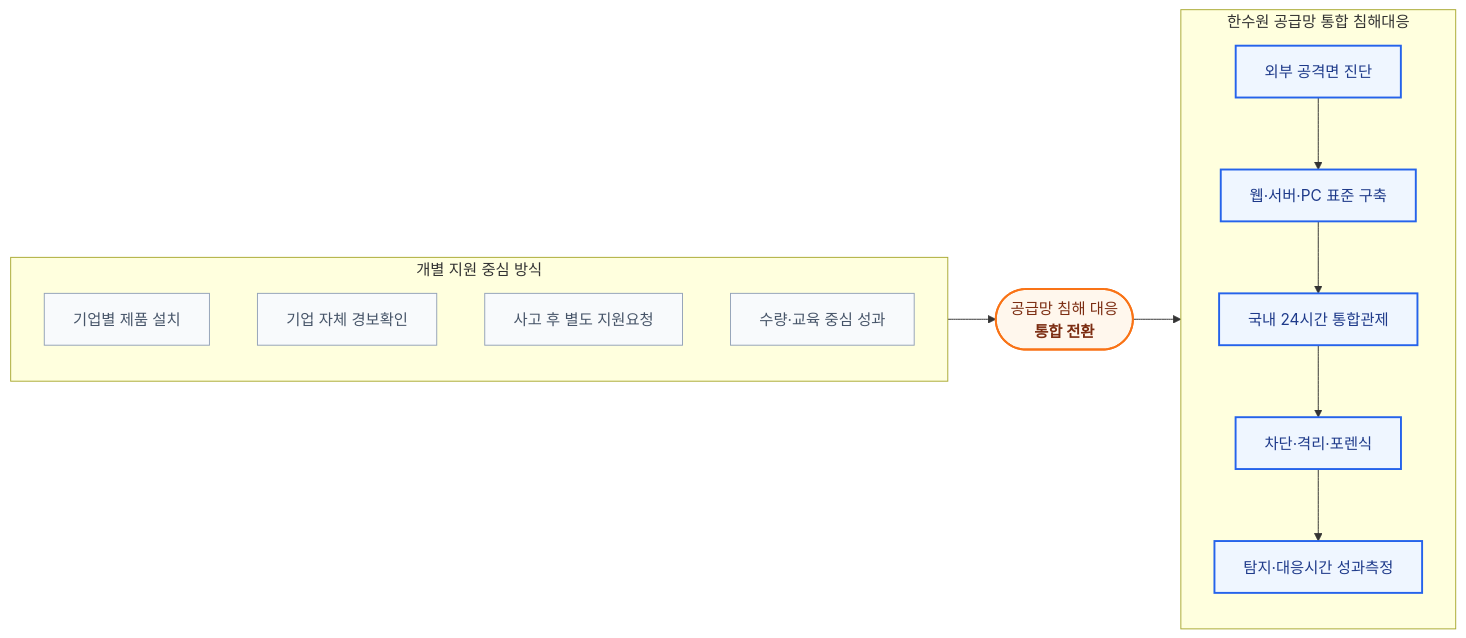
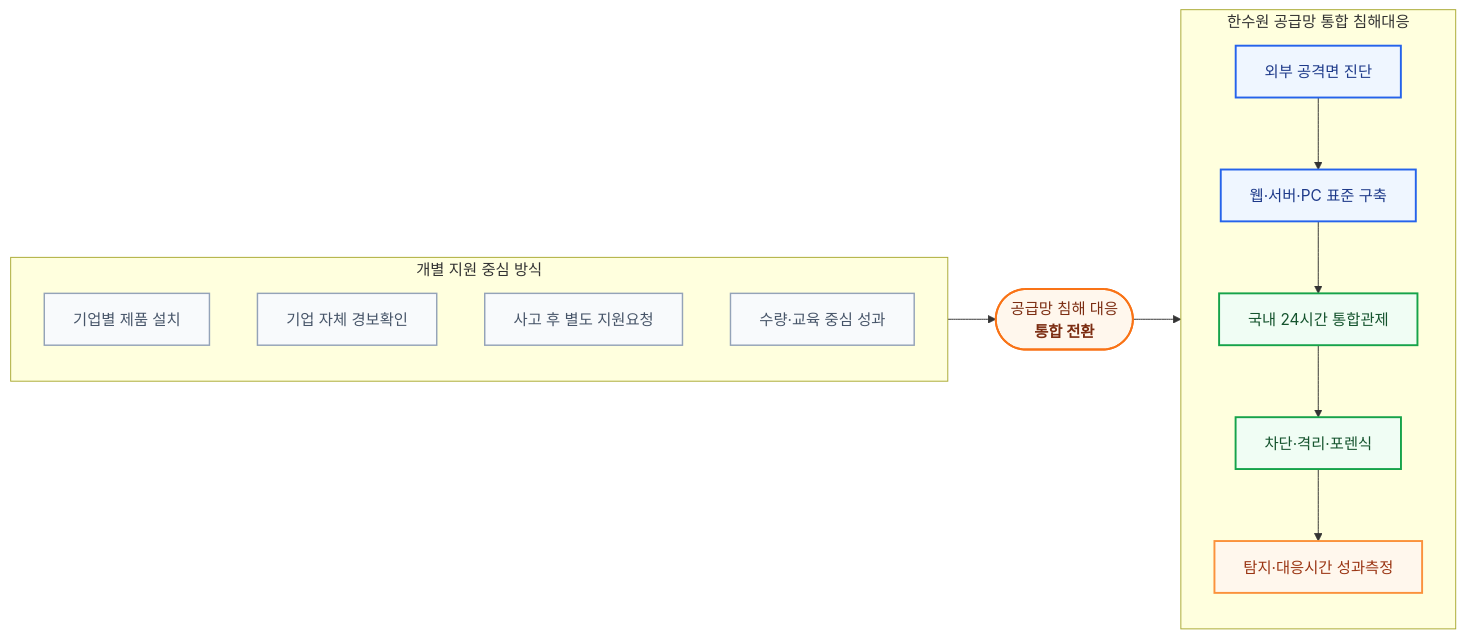
Before and after one commit to qubitsec/plura: the second of 8 diagrams in ko/proposal/kwater/kwater-full.md, drawn with Mermaid. The commit also changed other lines of this file, not shown here.

````diff
--- a/ko/proposal/kwater/kwater-full.md
+++ b/ko/proposal/kwater/kwater-full.md
@@ -237,31 +239,35 @@
 ```mermaid
 flowchart LR
     subgraph BEFORE["개별 지원 중심 방식"]
         A1["기업별 제품 설치"]
         A2["기업 자체 경보확인"]
         A3["사고 후 별도 지원요청"]
         A4["수량·교육 중심 성과"]
     end
 
     CHANGE(["공급망 침해 대응<br/><b>통합 전환</b>"])
 
     subgraph AFTER["한수원 공급망 통합 침해대응"]
         B1["외부 공격면 진단"]
         B2["웹·서버·PC 표준 구축"]
         B3["국내 24시간 통합관제"]
         B4["차단·격리·포렌식"]
         B5["탐지·대응시간 성과측정"]
 
         B1 --> B2 --> B3 --> B4 --> B5
     end
 
     BEFORE --> CHANGE --> AFTER
 
-    classDef before fill:#f8fafc,stroke:#94a3b8,color:#475569;
+    classDef before fill:#f8fafc,stroke:#94a3b8,stroke-width:1.5px,color:#475569;
     classDef change fill:#fff7ed,stroke:#f97316,stroke-width:2px,color:#7c2d12;
-    classDef after fill:#eff6ff,stroke:#2563eb,stroke-width:2px,color:#1e3a8a;
+    classDef plan fill:#eff6ff,stroke:#2563eb,stroke-width:2px,color:#1e3a8a;
+    classDef operate fill:#f0fdf4,stroke:#16a34a,stroke-width:2px,color:#14532d;
+    classDef outcome fill:#fff7ed,stroke:#fb923c,stroke-width:2px,color:#9a3412;
 
     class A1,A2,A3,A4 before;
     class CHANGE change;
-    class B1,B2,B3,B4,B5 after;
+    class B1,B2 plan;
+    class B3,B4 operate;
+    class B5 outcome;
 ```
````
